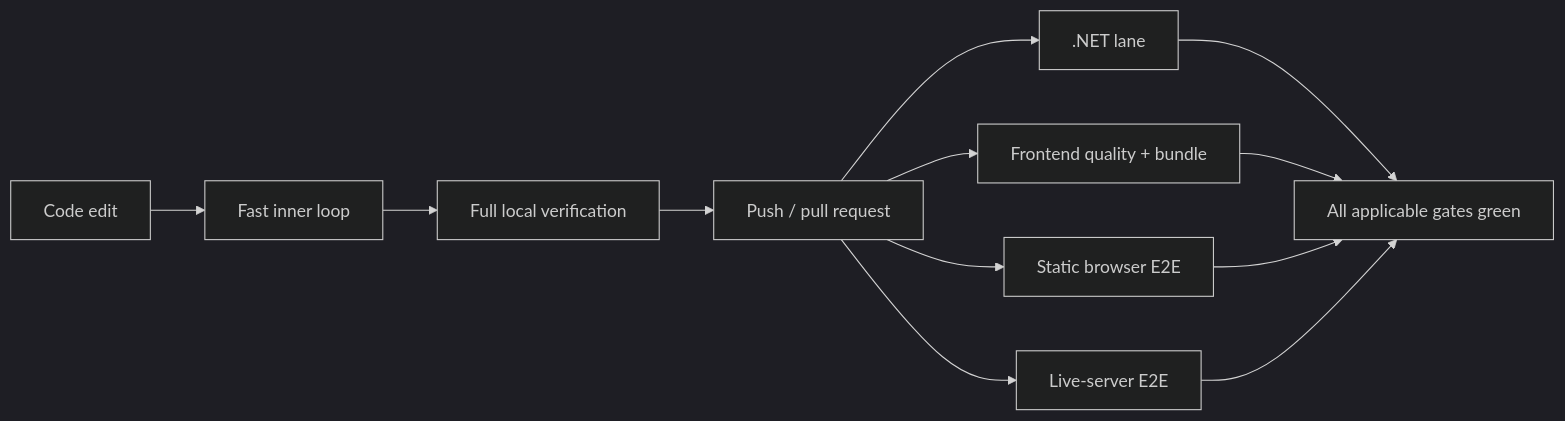
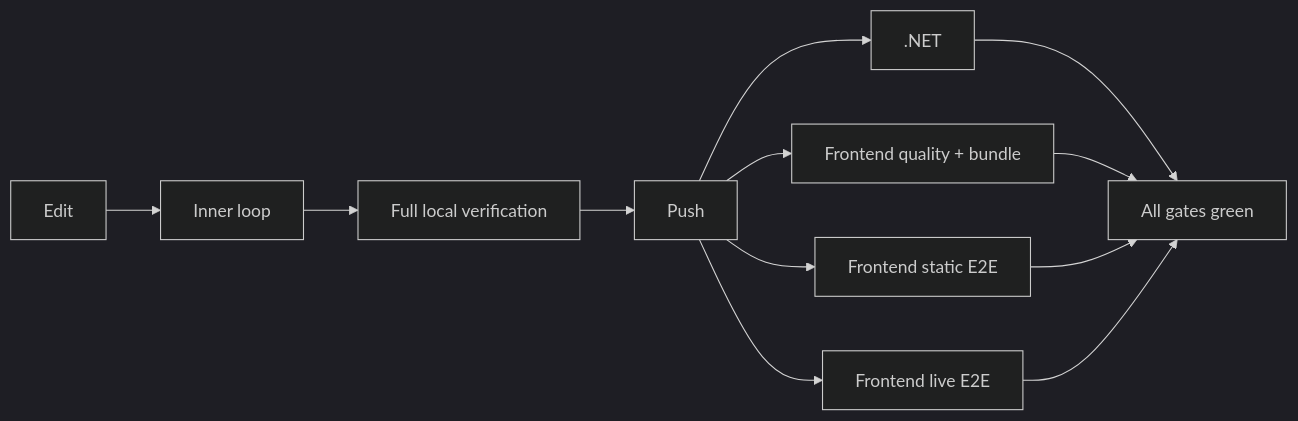
Before and after one commit to pengzhengyi/dialoguedown: the diagram in docs/contributing/design-notes/other/Development Cycle Optimization.md, drawn with Mermaid (dark theme). The commit also changed other lines of this file and 124 other files, not shown here.

````diff
--- a/docs/contributing/design-notes/other/Development Cycle Optimization.md
+++ b/docs/contributing/design-notes/other/Development Cycle Optimization.md
@@ -259,16 +66,12 @@
 ```mermaid
 flowchart LR
-    Edit["Code edit"] --> Inner["Fast inner loop"]
-    Inner --> Full["Full local verification"]
-    Full --> Push["Push / pull request"]
-
-    Push --> DotNet[".NET lane"]
+    Edit["Edit"] --> Inner["Inner loop"] --> Full["Full local verification"] --> Push["Push"]
+    Push --> DotNet[".NET"]
     Push --> Quality["Frontend quality + bundle"]
-    Push --> Static["Static browser E2E"]
-    Push --> Live["Live-server E2E"]
-
-    DotNet --> Gate["All applicable gates green"]
+    Push --> Static["Frontend static E2E"]
+    Push --> Live["Frontend live E2E"]
+    DotNet --> Gate["All gates green"]
     Quality --> Gate
     Static --> Gate
     Live --> Gate
 ```
````
